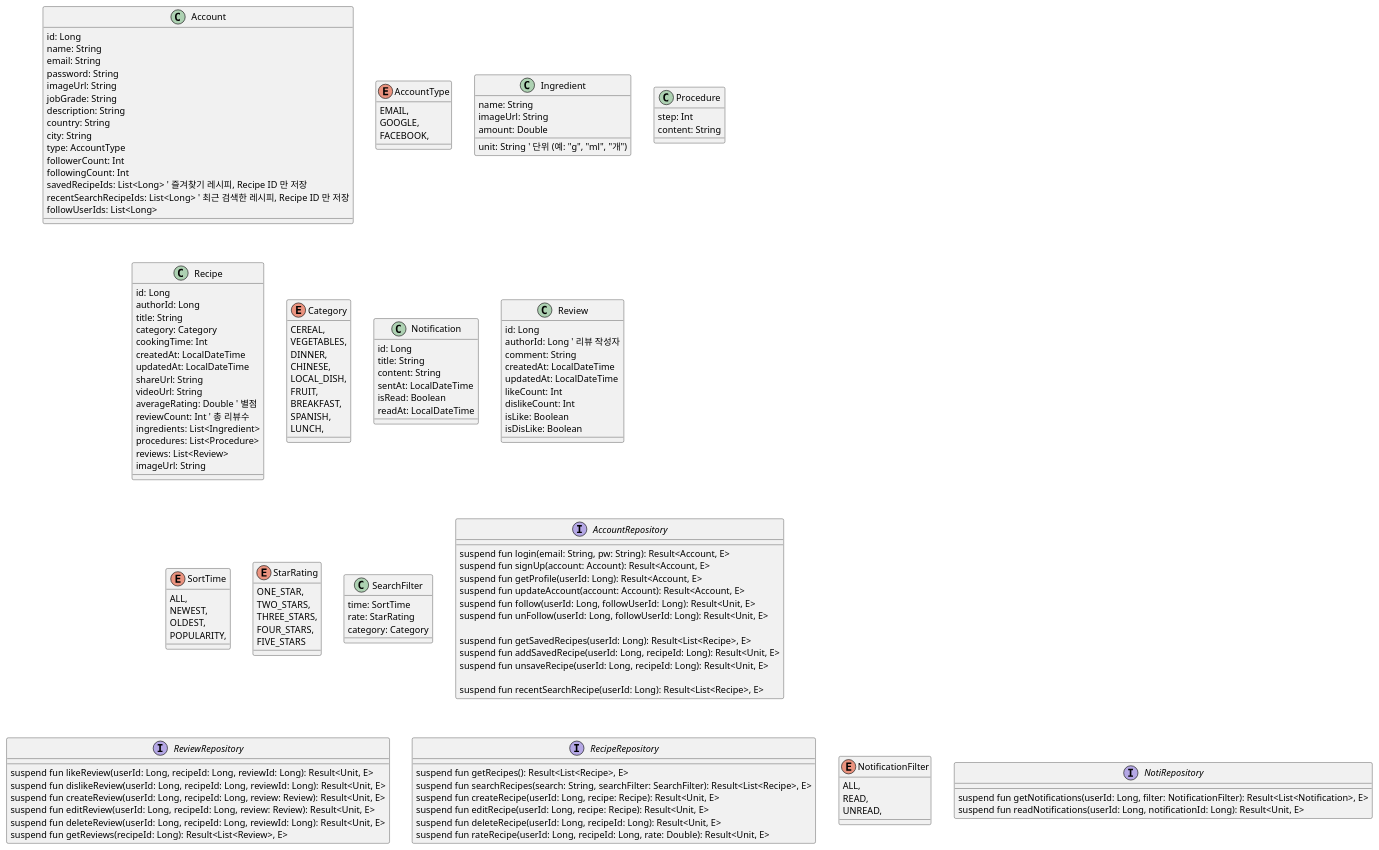
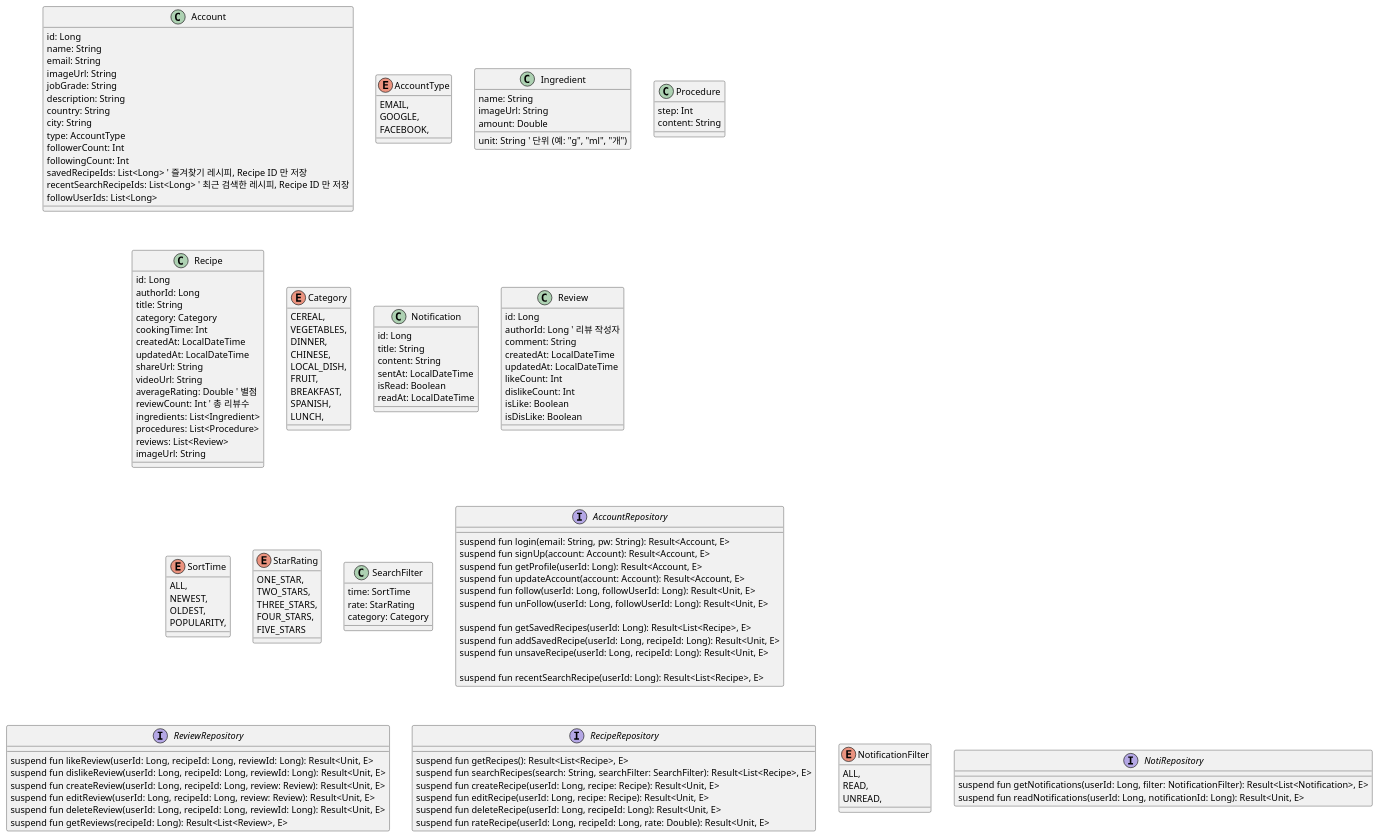
The diagram in src/main/kotlin/com/ezlevup/my/foodrecipe/FoodRecipe1.puml (SurvivalCodingCampus/gangnam2_kotlin_study), drawn with PlantUML before and after one commit.

Commit message:
feat: Account 비밀번호/소셜 계정 모델링 수정

```diff
--- a/src/main/kotlin/com/ezlevup/my/foodrecipe/FoodRecipe1.puml
+++ b/src/main/kotlin/com/ezlevup/my/foodrecipe/FoodRecipe1.puml
@@ -1,165 +1,164 @@
 @startuml
 ' Food Recipe class-diagram
 
 class Account {
     id: Long
     name: String
     email: String
-    password: String
     imageUrl: String
     jobGrade: String
     description: String
     country: String
     city: String
     type: AccountType
     followerCount: Int
     followingCount: Int
     savedRecipeIds: List<Long> ' 즐겨찾기 레시피, Recipe ID 만 저장
     recentSearchRecipeIds: List<Long> ' 최근 검색한 레시피, Recipe ID 만 저장
     followUserIds: List<Long>
 }
 
 enum AccountType {
     EMAIL,
     GOOGLE,
     FACEBOOK,
 }
 
 ' 재료
 class Ingredient {
     name: String
     imageUrl: String
     amount: Double
     unit: String ' 단위 (예: "g", "ml", "개")
 }
 
 ' 조리 순서
 class Procedure {
     step: Int
     content: String
 }
 
 class Recipe {
     id: Long
     authorId: Long
     title: String
     category: Category
     cookingTime: Int
     createdAt: LocalDateTime
     updatedAt: LocalDateTime
     shareUrl: String
     videoUrl: String
     averageRating: Double ' 별점
     reviewCount: Int ' 총 리뷰수
     ingredients: List<Ingredient>
     procedures: List<Procedure>
     reviews: List<Review>
     imageUrl: String
 }
 
 enum Category {
     CEREAL,
     VEGETABLES,
     DINNER,
     CHINESE,
     LOCAL_DISH,
     FRUIT,
     BREAKFAST,
     SPANISH,
     LUNCH,
 }
 
 
 class Notification {
     id: Long
     title: String
     content: String
     sentAt: LocalDateTime
     isRead: Boolean
     readAt: LocalDateTime
 }
 
 class Review {
     id: Long
     authorId: Long ' 리뷰 작성자
     comment: String
     createdAt: LocalDateTime
     updatedAt: LocalDateTime
     likeCount: Int
     dislikeCount: Int
     isLike: Boolean
     isDisLike: Boolean
 }
 
 enum SortTime {
     ALL,
     NEWEST,
     OLDEST,
     POPULARITY,
 }
 
 enum StarRating {
     ONE_STAR,
     TWO_STARS,
     THREE_STARS,
     FOUR_STARS,
     FIVE_STARS
 }
 
 class SearchFilter {
     time: SortTime
     rate: StarRating
     category: Category
 }
 
 interface AccountRepository {
     suspend fun login(email: String, pw: String): Result<Account, E>
     suspend fun signUp(account: Account): Result<Account, E>
     suspend fun getProfile(userId: Long): Result<Account, E>
     suspend fun updateAccount(account: Account): Result<Account, E>
     suspend fun follow(userId: Long, followUserId: Long): Result<Unit, E>
     suspend fun unFollow(userId: Long, followUserId: Long): Result<Unit, E>
 
     ' 즐겨 찾기한 레시피
     suspend fun getSavedRecipes(userId: Long): Result<List<Recipe>, E>
     suspend fun addSavedRecipe(userId: Long, recipeId: Long): Result<Unit, E>
     suspend fun unsaveRecipe(userId: Long, recipeId: Long): Result<Unit, E>
 
     ' 최근 검색 레시피
     suspend fun recentSearchRecipe(userId: Long): Result<List<Recipe>, E>
 }
 
 interface ReviewRepository {
     suspend fun likeReview(userId: Long, recipeId: Long, reviewId: Long): Result<Unit, E>
     suspend fun dislikeReview(userId: Long, recipeId: Long, reviewId: Long): Result<Unit, E>
     suspend fun createReview(userId: Long, recipeId: Long, review: Review): Result<Unit, E>
     suspend fun editReview(userId: Long, recipeId: Long, review: Review): Result<Unit, E>
     suspend fun deleteReview(userId: Long, recipeId: Long, reviewId: Long): Result<Unit, E>
     suspend fun getReviews(recipeId: Long): Result<List<Review>, E>
 }
 
 interface RecipeRepository {
     suspend fun getRecipes(): Result<List<Recipe>, E>
     suspend fun searchRecipes(search: String, searchFilter: SearchFilter): Result<List<Recipe>, E>
     suspend fun createRecipe(userId: Long, recipe: Recipe): Result<Unit, E>
     suspend fun editRecipe(userId: Long, recipe: Recipe): Result<Unit, E>
     suspend fun deleteRecipe(userId: Long, recipeId: Long): Result<Unit, E>
     suspend fun rateRecipe(userId: Long, recipeId: Long, rate: Double): Result<Unit, E>
 }
 
 enum NotificationFilter {
     ALL,
     READ,
     UNREAD,
 }
 
 interface NotiRepository {
     suspend fun getNotifications(userId: Long, filter: NotificationFilter): Result<List<Notification>, E>
     suspend fun readNotifications(userId: Long, notificationId: Long): Result<Unit, E>
 }
 
 
 ' 관계 정의
 
 
 @enduml
```
